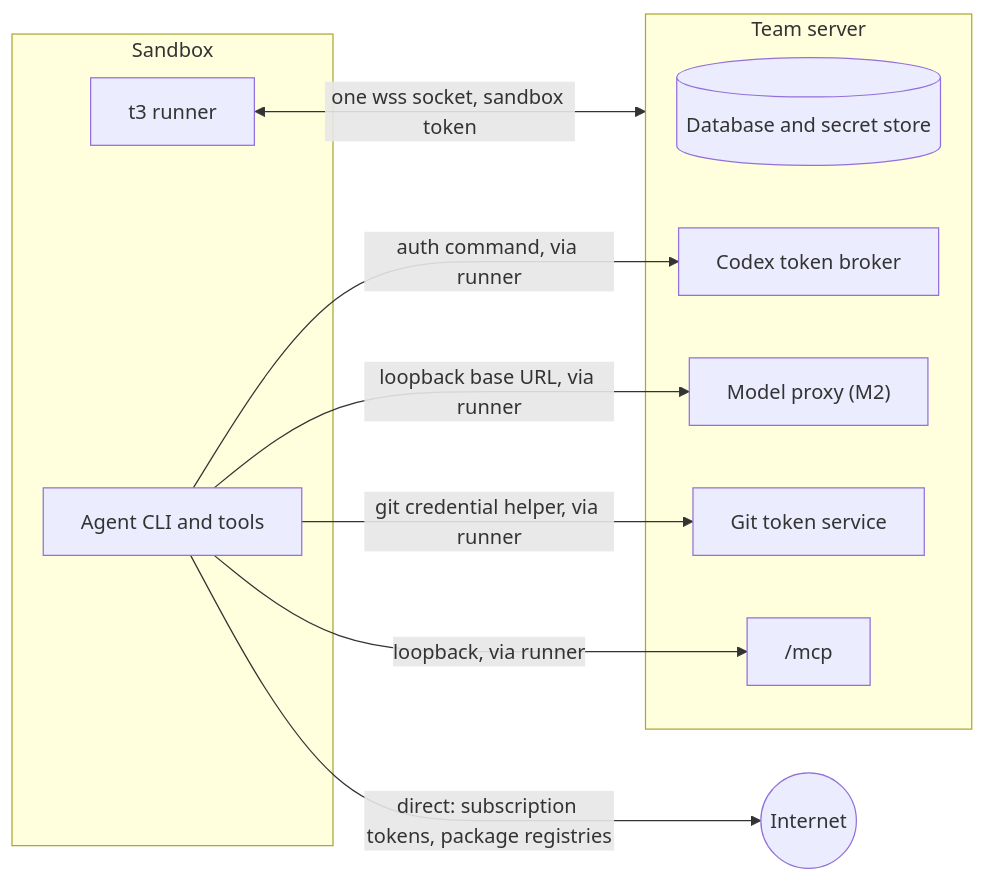
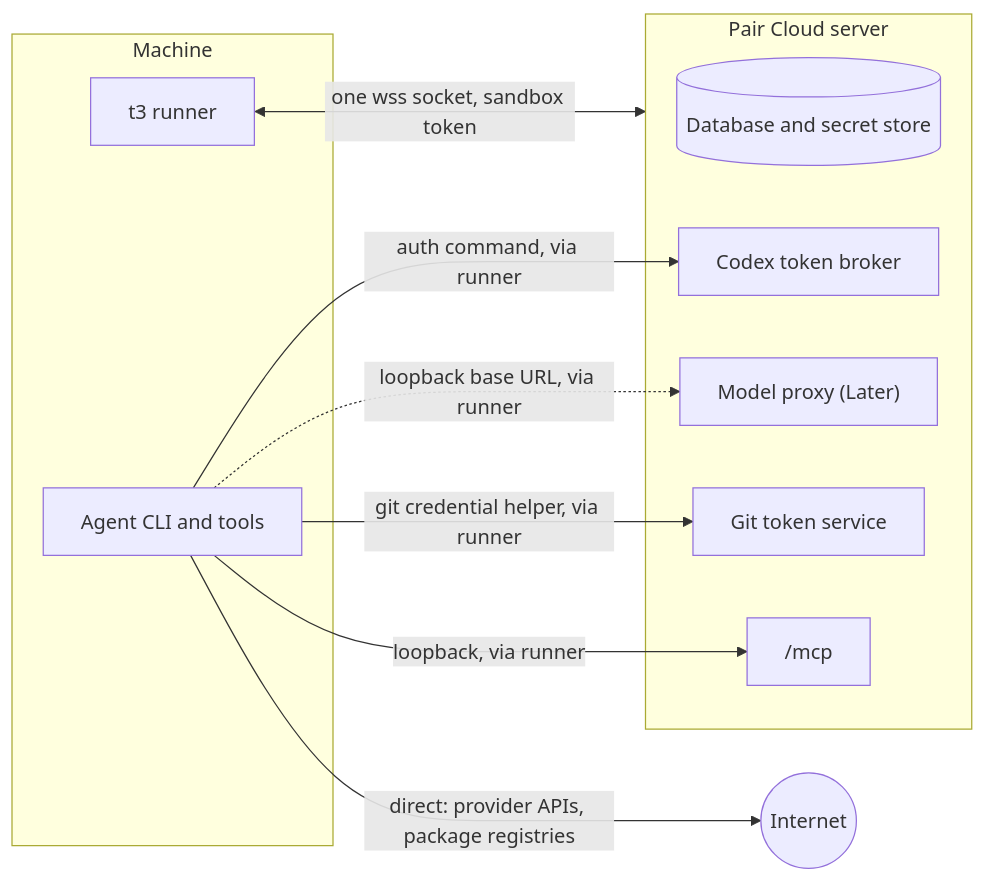
The first of 3 diagrams in docs/product/cloud/06-credentials-and-security.md (rutvikchandla3/pair), drawn with Mermaid before and after one commit. The commit also changed other lines of this file and 13 other files, not shown here.

First line of the commit message:
docs: rewrite the Pair Cloud plan for local-first Pair Cloud

````diff
--- a/docs/product/cloud/06-credentials-and-security.md
+++ b/docs/product/cloud/06-credentials-and-security.md
@@ -80,20 +102,20 @@
 ```mermaid
 flowchart LR
-  subgraph Server["Team server"]
+  subgraph Server["Pair Cloud server"]
     DB[("Database and secret store")]
     Broker["Codex token broker"]
-    Proxy["Model proxy (M2)"]
+    Proxy["Model proxy (Later)"]
     GitTok["Git token service"]
     MCP["/mcp"]
   end
-  subgraph Box["Sandbox"]
+  subgraph Box["Machine"]
     Runner["t3 runner"]
     Agent["Agent CLI and tools"]
   end
   Runner <-->|"one wss socket, sandbox token"| Server
   Agent -->|"loopback, via runner"| MCP
   Agent -->|"auth command, via runner"| Broker
   Agent -->|"git credential helper, via runner"| GitTok
-  Agent -->|"loopback base URL, via runner"| Proxy
-  Agent -->|"direct: subscription tokens, package registries"| Internet(("Internet"))
+  Agent -.->|"loopback base URL, via runner"| Proxy
+  Agent -->|"direct: provider APIs, package registries"| Internet(("Internet"))
 ```
````
